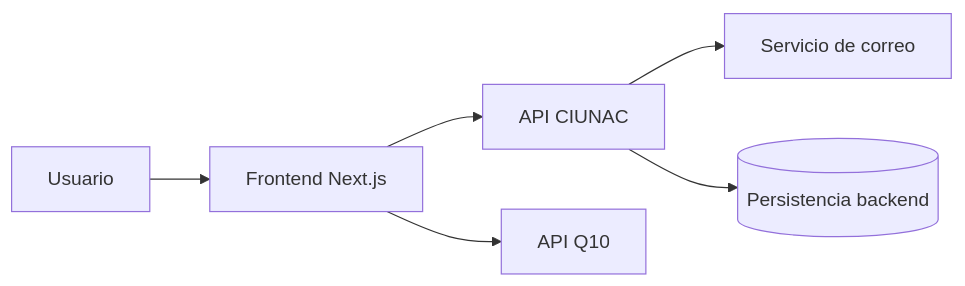
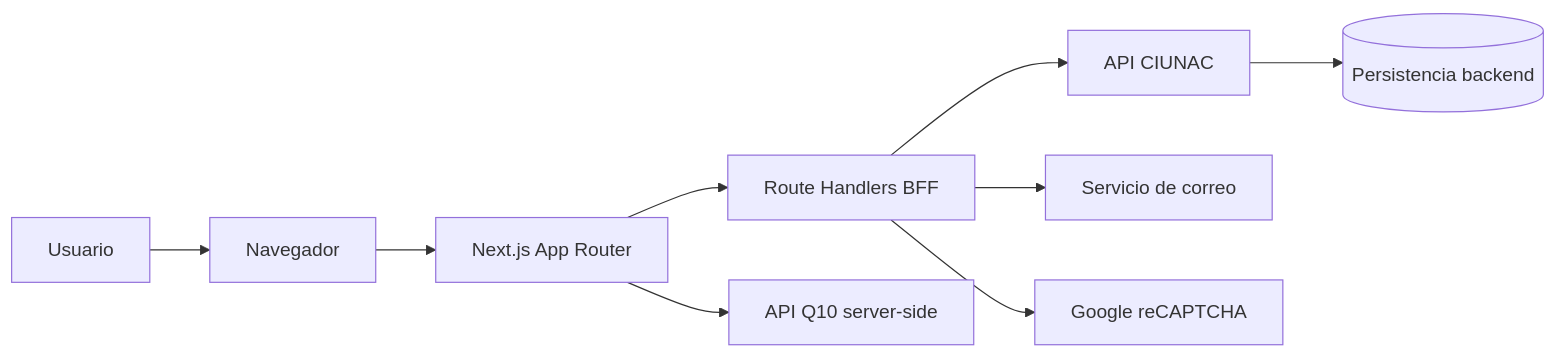
The first of 4 diagrams in docs/architecture/sdd.md (luismiguelgs/ciunac-sol-1.3), drawn with Mermaid before and after one commit. The commit also changed other lines of this file and 88 other files, not shown here.

````diff
--- a/docs/architecture/sdd.md
+++ b/docs/architecture/sdd.md
@@ -6,8 +6,11 @@
 ```mermaid
 flowchart LR
-    U[Usuario] --> FE[Frontend Next.js]
-    FE --> API[API CIUNAC]
-    FE --> Q10[API Q10]
-    API --> MAIL[Servicio de correo]
+    U[Usuario] --> Browser[Navegador]
+    Browser --> FE[Next.js App Router]
+    FE --> BFF[Route Handlers BFF]
+    BFF --> API[API CIUNAC]
+    FE --> Q10[API Q10 server-side]
+    BFF --> MAIL[Servicio de correo]
+    BFF --> CAPTCHA[Google reCAPTCHA]
     API --> DB[(Persistencia backend)]
 ```
````
